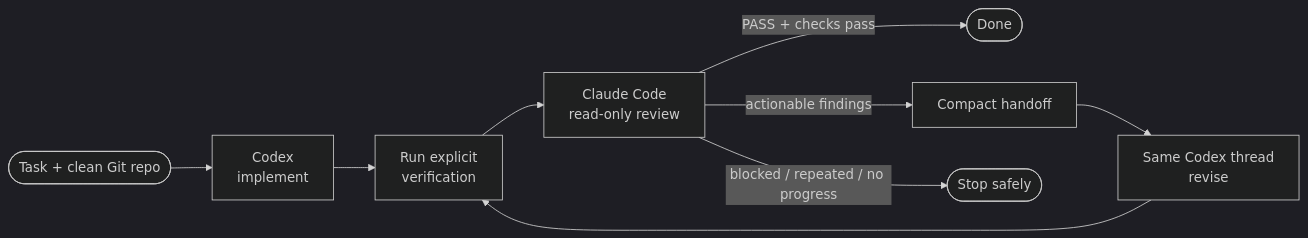
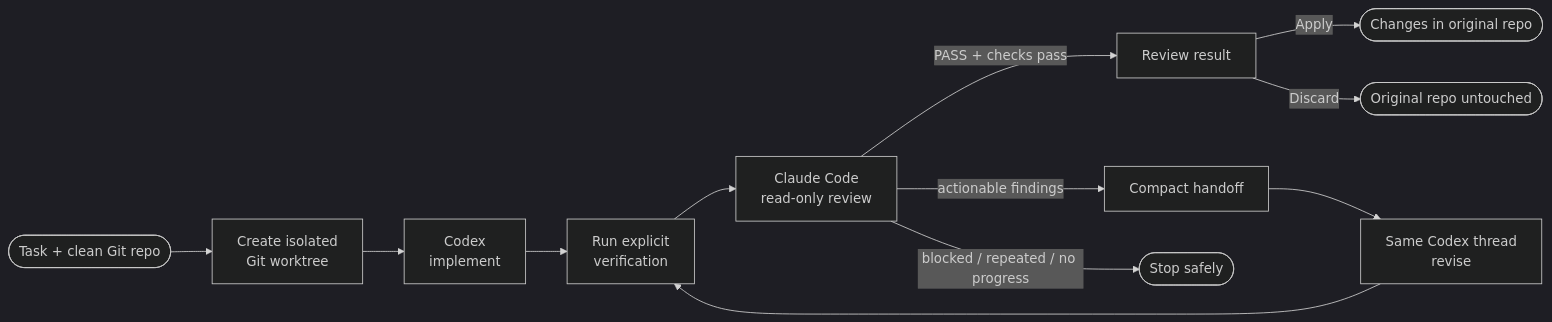
Before and after one commit to chriswu727/agent-duet: the diagram in README.md, drawn with Mermaid (dark theme). The commit also changed other lines of this file and 11 other files, not shown here.

````diff
--- a/README.md
+++ b/README.md
@@ -52,11 +52,14 @@
 ```mermaid
 flowchart LR
-    U([Task + clean Git repo]) --> C[Codex<br/>implement]
+    U([Task + clean Git repo]) --> W[Create isolated<br/>Git worktree]
+    W --> C[Codex<br/>implement]
     C --> V[Run explicit<br/>verification]
     V --> R[Claude Code<br/>read-only review]
-    R -->|PASS + checks pass| D([Done])
+    R -->|PASS + checks pass| D[Review result]
+    D -->|Apply| A([Changes in original repo])
+    D -->|Discard| X([Original repo untouched])
     R -->|actionable findings| H[Compact handoff]
     H --> C2[Same Codex thread<br/>revise]
     C2 --> V
     R -->|blocked / repeated / no progress| S([Stop safely])
 ```
````
